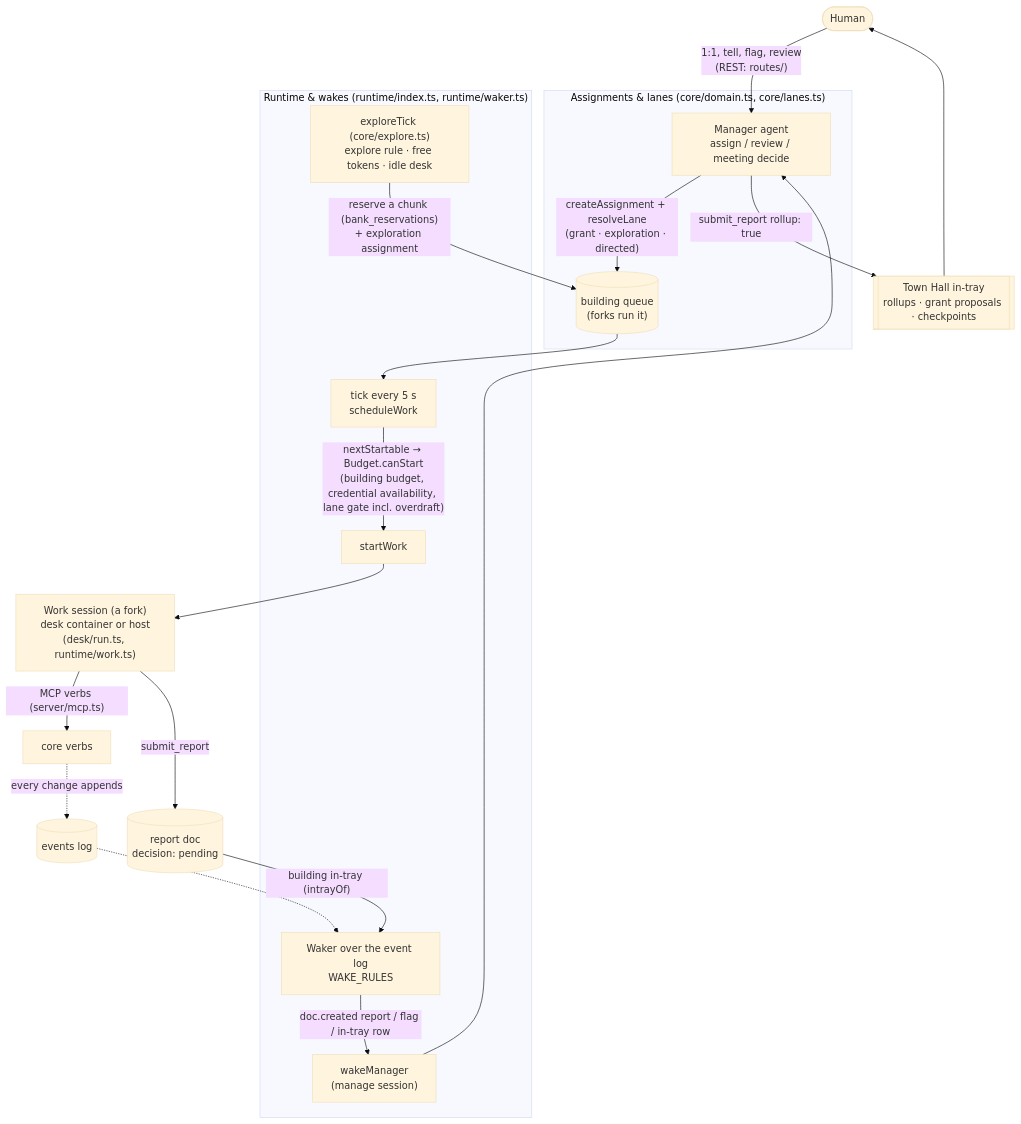
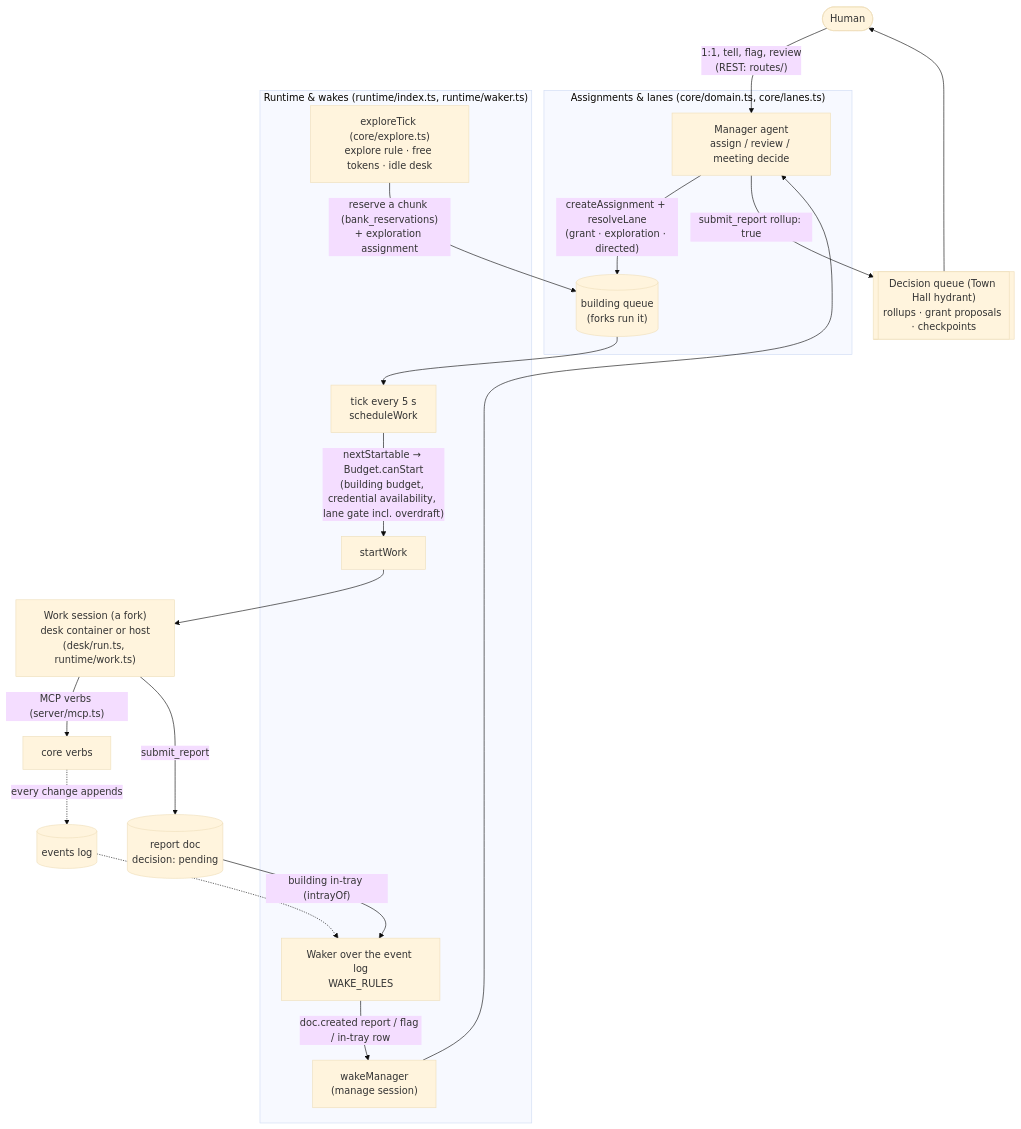
Before and after one commit to mitchellgordon95/muster-town: the first of 2 diagrams in docs/architecture.md, drawn with Mermaid (base theme). The commit also changed other lines of this file and 3 other files, not shown here.

Commit message:
Docs: the decision queue at the hydrant replaces the Town Hall in-tray (manual, architecture, legible-delegation §3, log)

````diff
--- a/docs/architecture.md
+++ b/docs/architecture.md
@@ -36,22 +36,22 @@
 ```mermaid
 flowchart TD
   human([Human]) -->|"1:1, tell, flag, review<br/>(REST: routes/)"| mgr
   subgraph assign["Assignments & lanes (core/domain.ts, core/lanes.ts)"]
     mgr["Manager agent<br/>assign / review / meeting decide"] -->|"createAssignment + resolveLane<br/>(grant · exploration · directed)"| queue[("building queue<br/>(forks run it)")]
   end
   subgraph rt["Runtime & wakes (runtime/index.ts, runtime/waker.ts)"]
     tick["tick every 5 s<br/>scheduleWork"] -->|"nextStartable → Budget.canStart<br/>(building budget, credential availability, lane gate incl. overdraft)"| start["startWork"]
     explore["exploreTick (core/explore.ts)<br/>explore rule · free tokens · idle desk"] -->|"reserve a chunk (bank_reservations)<br/>+ exploration assignment"| queue
     waker["Waker over the event log<br/>WAKE_RULES"] -->|"doc.created report / flag / in-tray row"| wm["wakeManager<br/>(manage session)"]
   end
   queue --> tick
   start --> session["Work session (a fork)<br/>desk container or host<br/>(desk/run.ts, runtime/work.ts)"]
   session -->|"MCP verbs (server/mcp.ts)"| verbs["core verbs"]
   session -->|"submit_report"| report[("report doc<br/>decision: pending")]
   report -->|"building in-tray (intrayOf)"| waker
   wm --> mgr
-  mgr -->|"submit_report rollup: true"| townhall[["Town Hall in-tray<br/>rollups · grant proposals · checkpoints"]]
+  mgr -->|"submit_report rollup: true"| townhall[["Decision queue (Town Hall hydrant)<br/>rollups · grant proposals · checkpoints"]]
   townhall --> human
   verbs -.->|"every change appends"| events[("events log")]
   events -.-> waker
 ```
````
